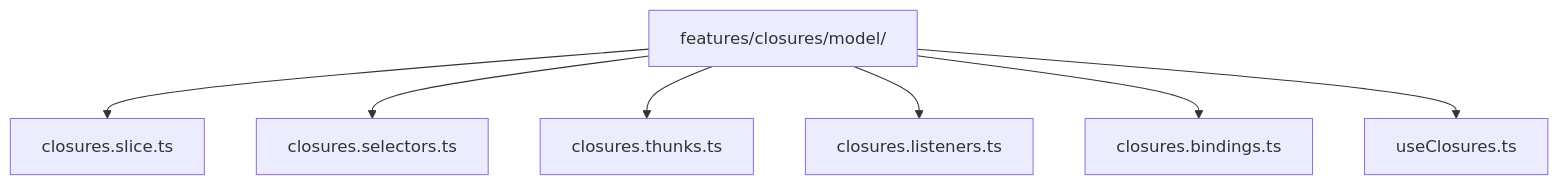
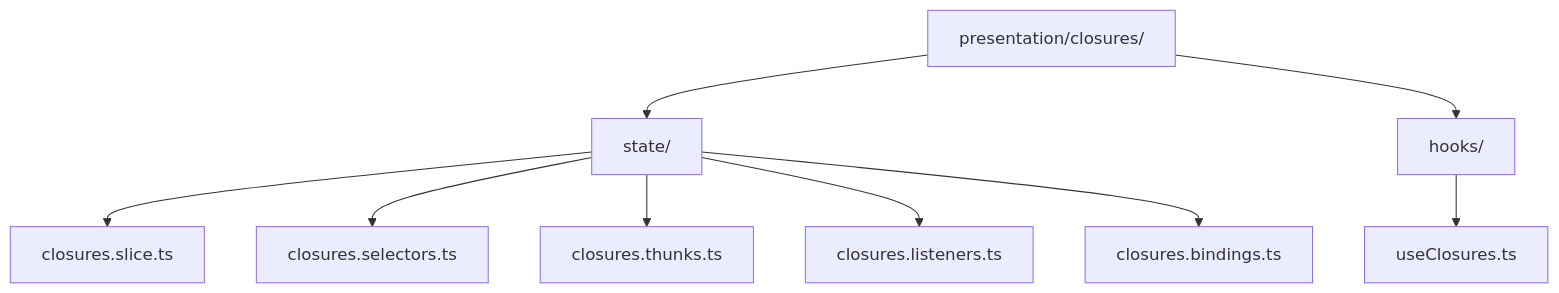
The second of 4 diagrams in frontend/state-management.md (AndresTaoFlorez/software-architecture), drawn with Mermaid before and after one commit. The commit also changed other lines of this file and 43 other files, not shown here.

````diff
--- a/frontend/state-management.md
+++ b/frontend/state-management.md
@@ -53,16 +44,11 @@
 ```mermaid
 flowchart TD
-    N0["features/closures/model/"]
-    N1["closures.slice.ts"]
-    N2["closures.selectors.ts"]
-    N3["closures.thunks.ts"]
-    N4["closures.listeners.ts"]
-    N5["closures.bindings.ts"]
-    N6["useClosures.ts"]
-    N0 --> N1
-    N0 --> N2
-    N0 --> N3
-    N0 --> N4
-    N0 --> N5
-    N0 --> N6
+    C["presentation/closures/"] --> S["state/"]
+    C --> H["hooks/"]
+    S --> SL["closures.slice.ts"]
+    S --> SEL["closures.selectors.ts"]
+    S --> TH["closures.thunks.ts"]
+    S --> LI["closures.listeners.ts"]
+    S --> B["closures.bindings.ts"]
+    H --> F["useClosures.ts"]
 ```
````
